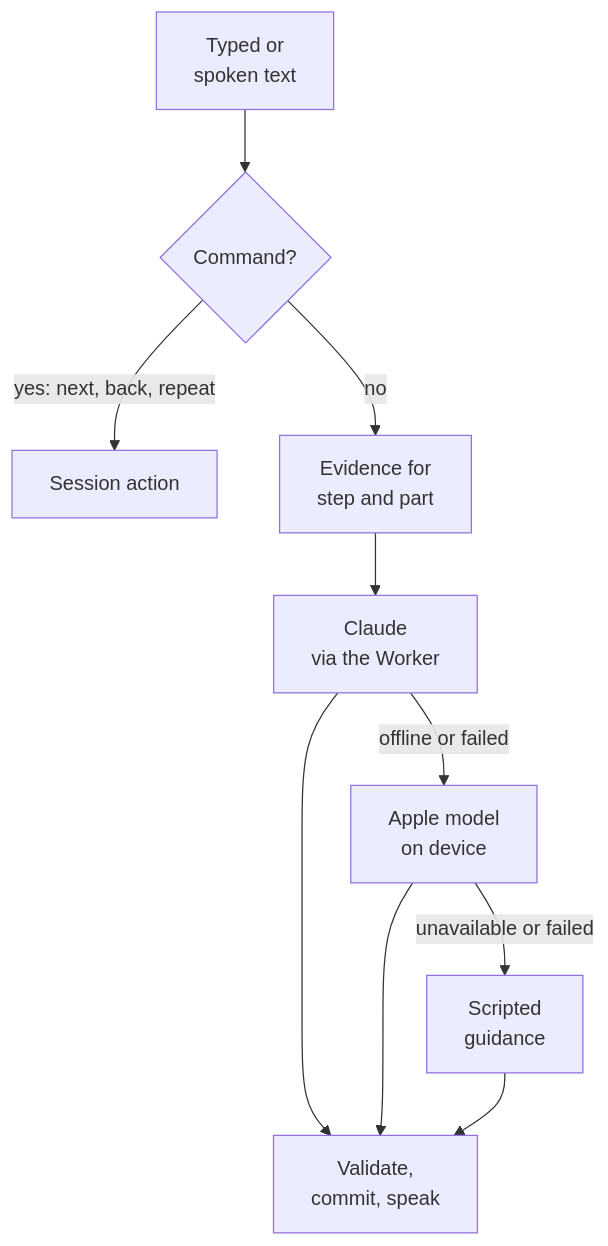
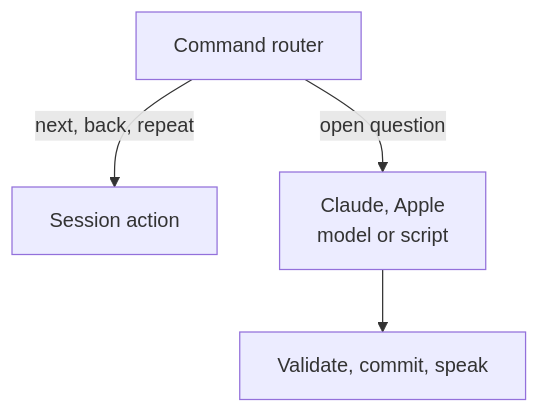
The third of 4 diagrams in README.md (Xget7/splat-field-guide), drawn with Mermaid before and after one commit. The commit also changed other lines of this file, not shown here.

Commit message:
Shrink the README diagrams and show the architecture as named systems

````diff
--- a/README.md
+++ b/README.md
@@ -62,12 +50,6 @@
 ```mermaid
 flowchart TB
-  input["Typed or<br/>spoken text"] --> router{"Command?"}
-  router -->|"yes: next, back, repeat"| action["Session action"]
-  router -->|no| evidence["Evidence for<br/>step and part"]
-  evidence --> cloud["Claude<br/>via the Worker"]
-  cloud -->|"offline or failed"| apple["Apple model<br/>on device"]
-  apple -->|"unavailable or failed"| scripted["Scripted<br/>guidance"]
-  cloud --> commit["Validate,<br/>commit, speak"]
-  apple --> commit
-  scripted --> commit
+  router["Command router"] -->|"next, back, repeat"| action["Session action"]
+  router -->|"open question"| models["Claude, Apple<br/>model or script"]
+  models --> commit["Validate, commit, speak"]
 ```
````
